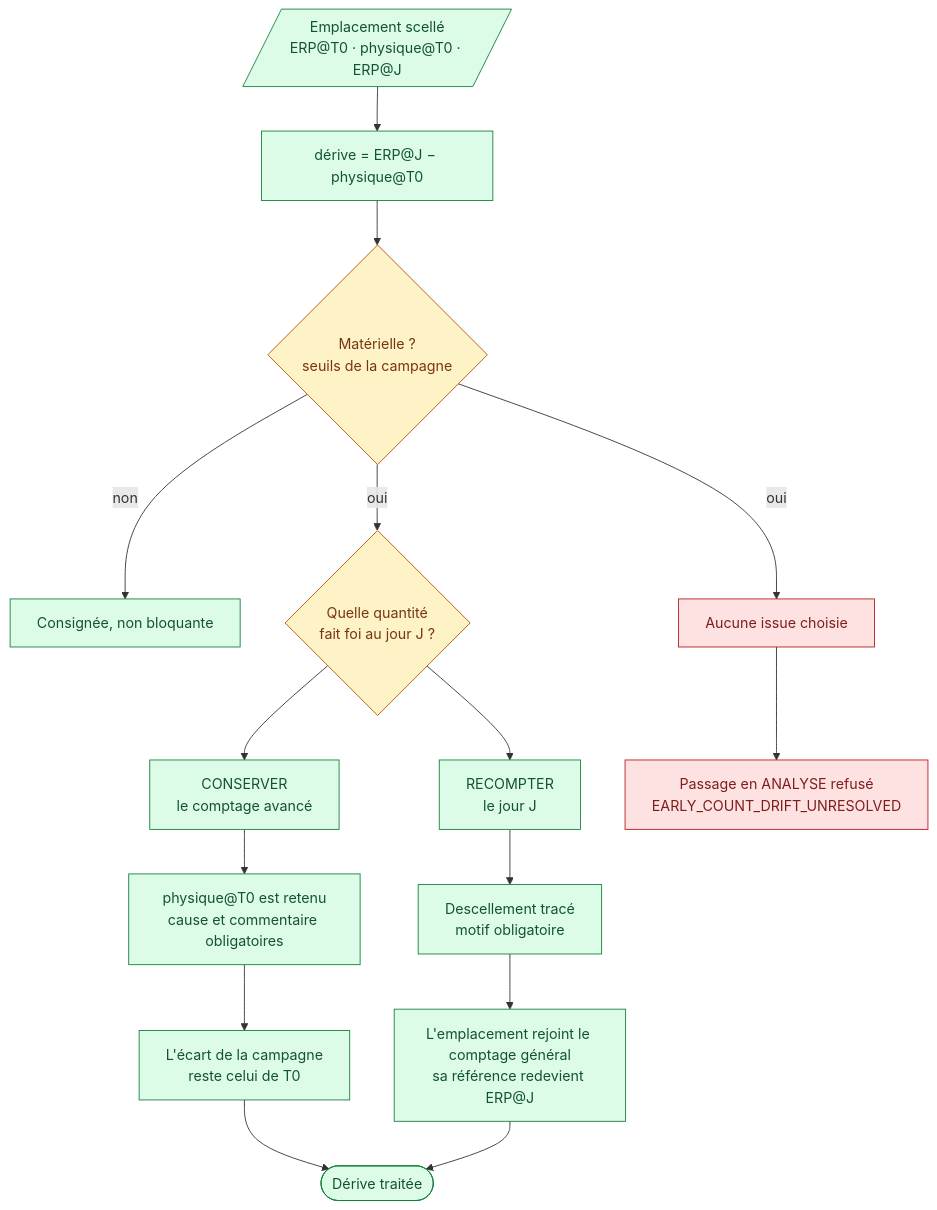
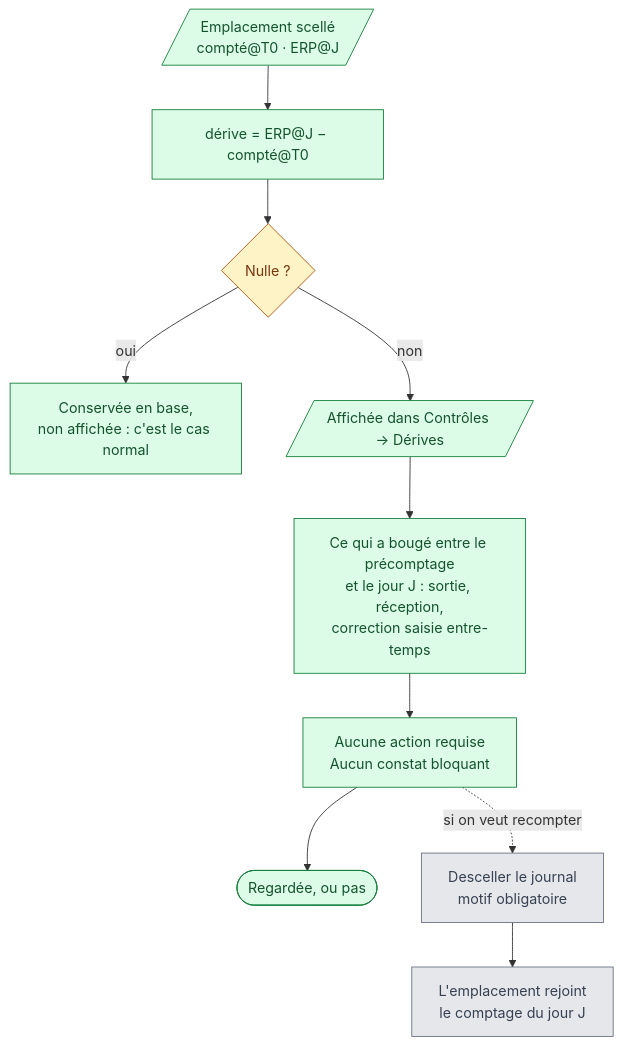
The sixth of 9 diagrams in docs/08-algorigrammes.md (yns11/DEV-INV-G), drawn with Mermaid before and after one commit. The commit also changed other lines of this file and 60 other files, not shown here.

````diff
--- a/docs/08-algorigrammes.md
+++ b/docs/08-algorigrammes.md
@@ -276,29 +274,21 @@
 ```mermaid
 flowchart TD
-    A[/"Emplacement scellé<br/>ERP@T0 · physique@T0 · ERP@J"/] --> B["dérive = ERP@J − physique@T0"]
-    B --> C{"Matérielle ?<br/>seuils de la campagne"}
-    C -->|non| OK[Consignée, non bloquante]
-    C -->|oui| D{"Quelle quantité<br/>fait foi au jour J ?"}
+    A[/"Emplacement scellé<br/>compté@T0 · ERP@J"/] --> B["dérive = ERP@J − compté@T0"]
+    B --> C{"Nulle ?"}
+    C -->|oui| OK[Conservée en base,<br/>non affichée : c'est le cas normal]
+    C -->|non| D[/"Affichée dans Contrôles → Dérives"/]
 
-    D --> E[CONSERVER<br/>le comptage avancé]
-    D --> F[RECOMPTER<br/>le jour J]
+    D --> D1["Ce qui a bougé entre le précomptage<br/>et le jour J : sortie, réception,<br/>correction saisie entre-temps"]
+    D1 --> D2["Aucune action requise<br/>Aucun constat bloquant"]
+    D2 --> Z([Regardée, ou pas])
 
-    E --> E1["physique@T0 est retenu<br/>cause et commentaire obligatoires"]
-    E1 --> E2["L'écart de la campagne<br/>reste celui de T0"]
-
-    F --> F1[Descellement tracé<br/>motif obligatoire]
-    F1 --> F2["L'emplacement rejoint le comptage général<br/>sa référence redevient ERP@J"]
-
-    E2 --> Z([Dérive traitée])
-    F2 --> Z
-
-    C -->|oui| NO[Aucune issue choisie]
-    NO --> BLOC[Passage en ANALYSE refusé<br/>EARLY_COUNT_DRIFT_UNRESOLVED]
+    D2 -.->|"si on veut recompter"| U["Desceller le journal<br/>motif obligatoire"]
+    U --> U1["L'emplacement rejoint<br/>le comptage du jour J"]
 
     classDef nouveau fill:#dcfce7,stroke:#15803d,color:#14532d
     classDef dec fill:#fef3c7,stroke:#b45309,color:#78350f
-    classDef bloc fill:#fee2e2,stroke:#b91c1c,color:#7f1d1d
-    class A,B,E,F,E1,E2,F1,F2,OK,Z nouveau
-    class C,D dec
-    class NO,BLOC bloc
+    classDef gris fill:#e5e7eb,stroke:#6b7280,color:#374151
+    class A,B,D,D1,D2,OK,Z nouveau
+    class C dec
+    class U,U1 gris
 ```
````
